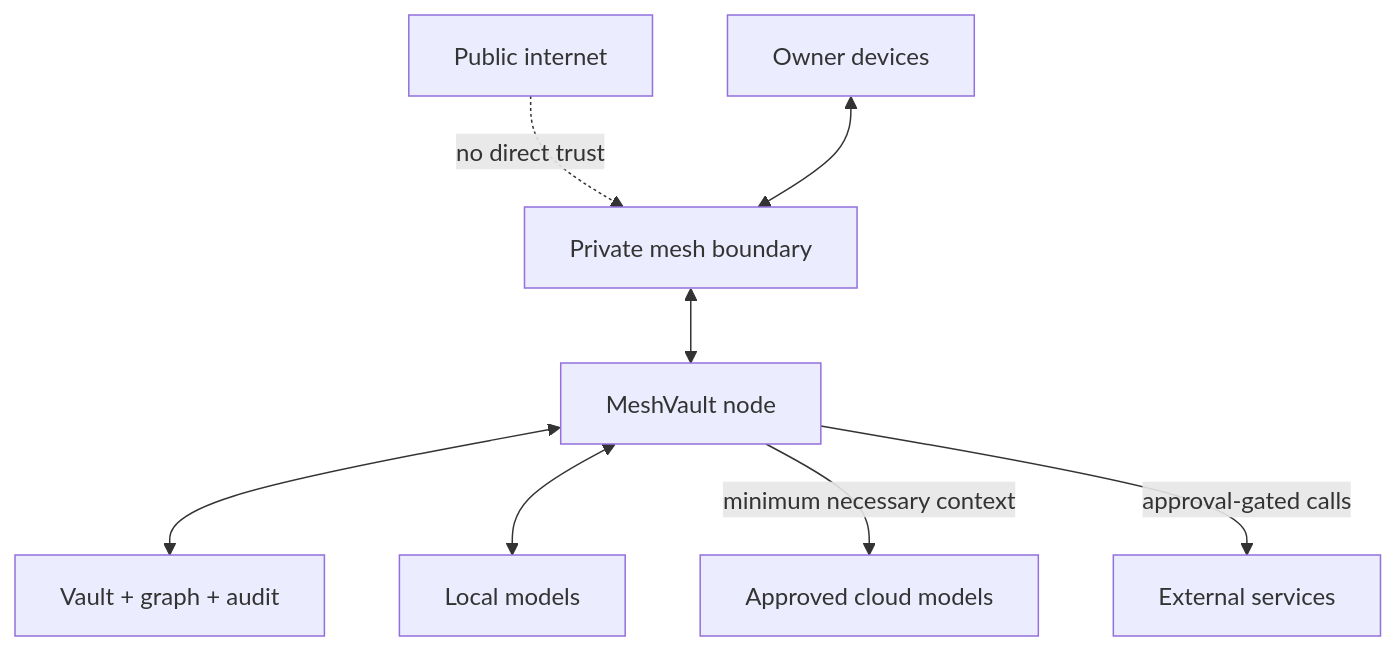
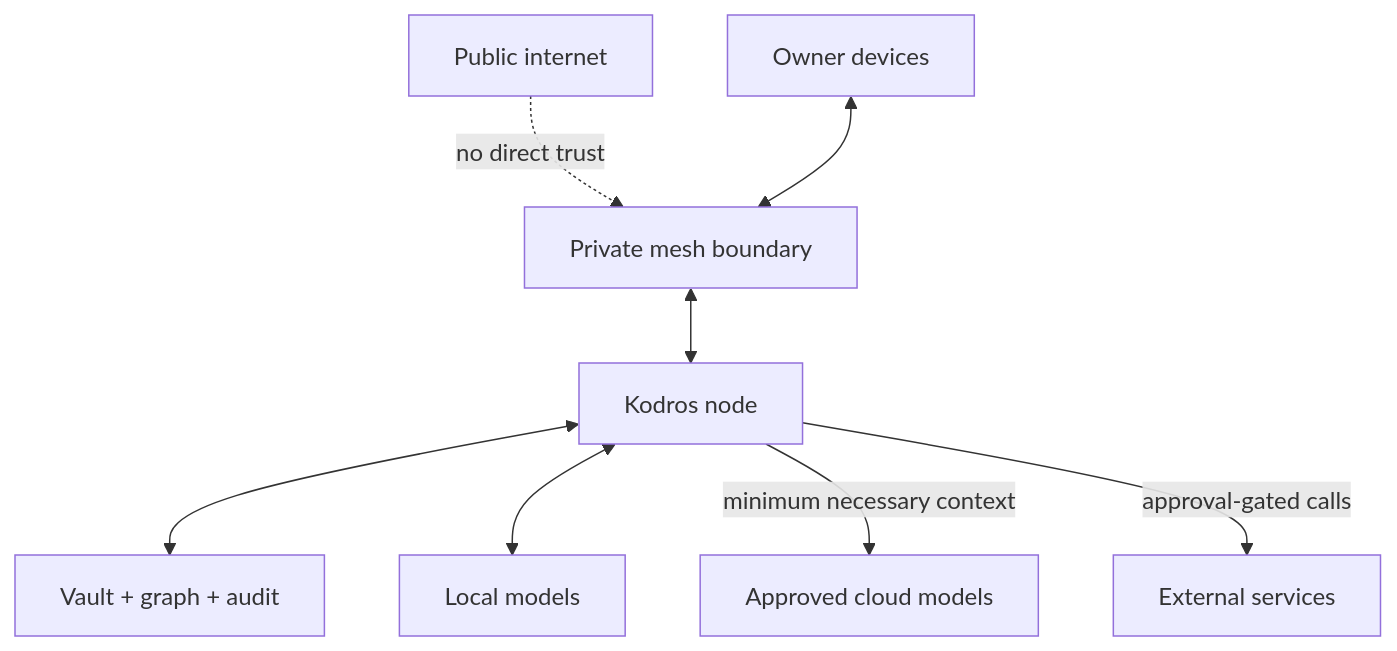
Before and after one commit to thefiredev-cloud/meshvault-agentic-architecture: the fifth of 6 diagrams in README.md, drawn with Mermaid. The commit also changed other lines of this file, not shown here.

Commit message:
docs: rebrand README copy to Kodros (#2)

````diff
--- a/README.md
+++ b/README.md
@@ -229,18 +229,18 @@
 ```mermaid
 flowchart TB
     Public["Public internet"]
     PrivateMesh["Private mesh boundary"]
     Client["Owner devices"]
-    Node["MeshVault node"]
+    Node["Kodros node"]
     Data["Vault + graph + audit"]
     Model["Local models"]
     Cloud["Approved cloud models"]
     Actions["External services"]
 
     Public -. no direct trust .-> PrivateMesh
     Client <--> PrivateMesh <--> Node
     Node <--> Data
     Node <--> Model
     Node -->|minimum necessary context| Cloud
     Node -->|approval-gated calls| Actions
 ```
````
